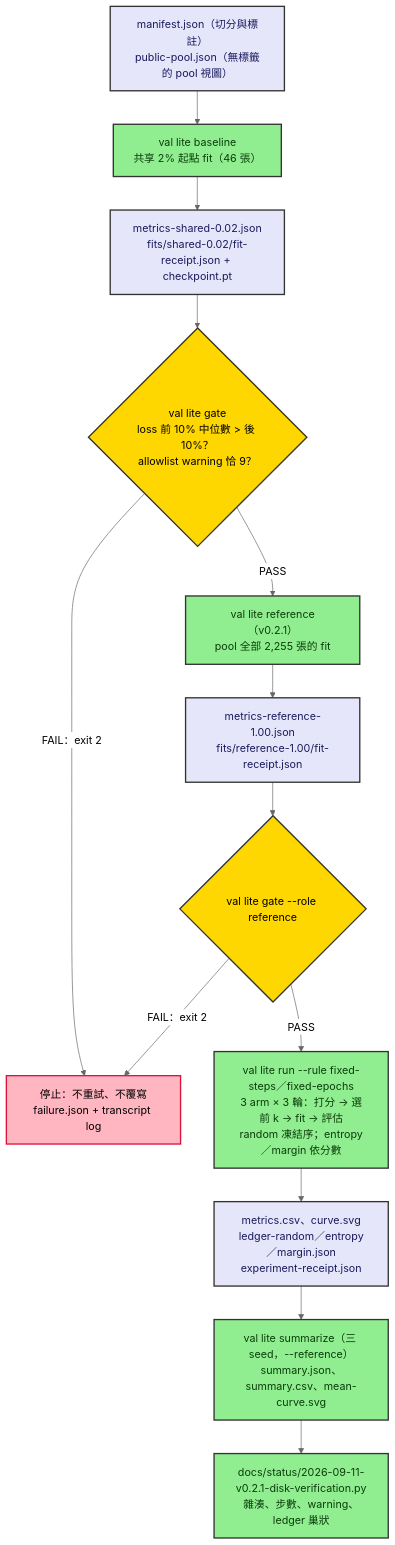
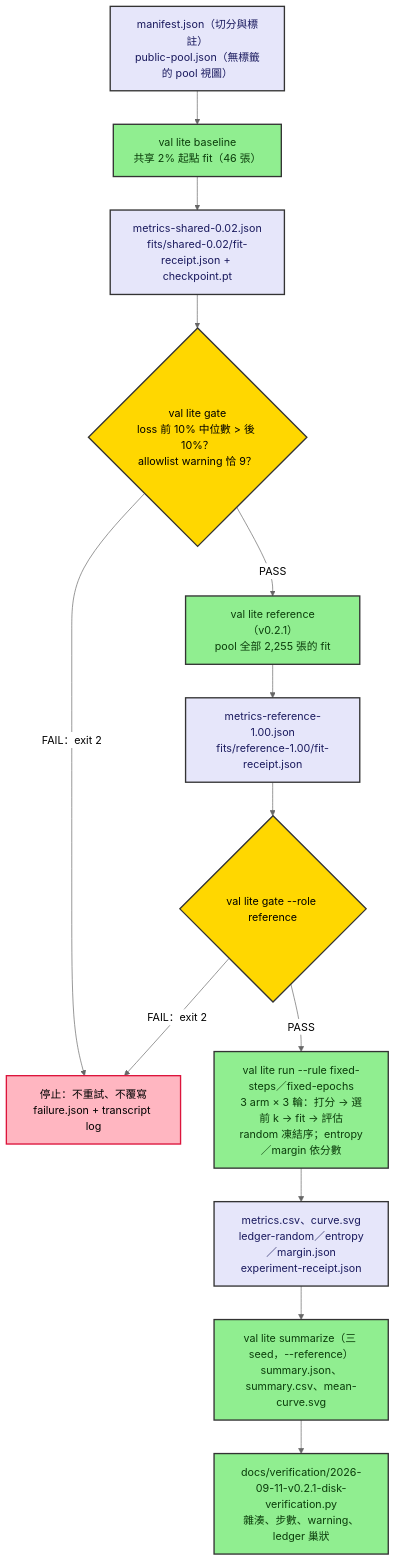
One commit to kuotunyu/vision-active-learning-loop changed the diagram in README.md. Above: the diagram before and after it, drawn with Mermaid (neutral theme). The commit also changed other lines of this file and 132 other files, not shown here.

````diff
--- a/README.md
+++ b/README.md
@@ -31,24 +31,24 @@
 ```mermaid
 flowchart TD
     M["manifest.json（切分與標註）<br/>public-pool.json（無標籤的 pool 視圖）"] --> B["val lite baseline<br/>共享 2% 起點 fit（46 張）"]
     B --> BM["metrics-shared-0.02.json<br/>fits/shared-0.02/fit-receipt.json + checkpoint.pt"]
     BM --> G1{"val lite gate<br/>loss 前 10% 中位數 > 後 10%？<br/>allowlist warning 恰 9？"}
     G1 -->|FAIL：exit 2| STOP["停止：不重試、不覆寫<br/>failure.json + transcript log"]
     G1 -->|PASS| R["val lite reference（v0.2.1）<br/>pool 全部 2,255 張的 fit"]
     R --> RM["metrics-reference-1.00.json<br/>fits/reference-1.00/fit-receipt.json"]
     RM --> G2{"val lite gate --role reference"}
     G2 -->|FAIL：exit 2| STOP
     G2 -->|PASS| RUN["val lite run --rule fixed-steps／fixed-epochs<br/>3 arm × 3 輪：打分 → 選前 k → fit → 評估<br/>random 凍結序；entropy／margin 依分數"]
     RUN --> OUT["metrics.csv、curve.svg<br/>ledger-random／entropy／margin.json<br/>experiment-receipt.json"]
     OUT --> S["val lite summarize（三 seed，--reference）<br/>summary.json、summary.csv、mean-curve.svg"]
-    S --> V["docs/status/2026-09-11-v0.2.1-disk-verification.py<br/>雜湊、步數、warning、ledger 巢狀"]
+    S --> V["docs/verification/2026-09-11-v0.2.1-disk-verification.py<br/>雜湊、步數、warning、ledger 巢狀"]
 
     classDef cmd fill:#90EE90,stroke:#333,stroke-width:2px,color:#0B3D0B
     classDef file fill:#E6E6FA,stroke:#333,stroke-width:2px,color:#1A1A5E
     classDef gate fill:#FFD700,stroke:#333,stroke-width:2px,color:#000
     classDef stop fill:#FFB6C1,stroke:#DC143C,stroke-width:2px,color:#000
     class B,R,RUN,S,V cmd
     class M,BM,RM,OUT file
     class G1,G2 gate
     class STOP stop
 ```
````
